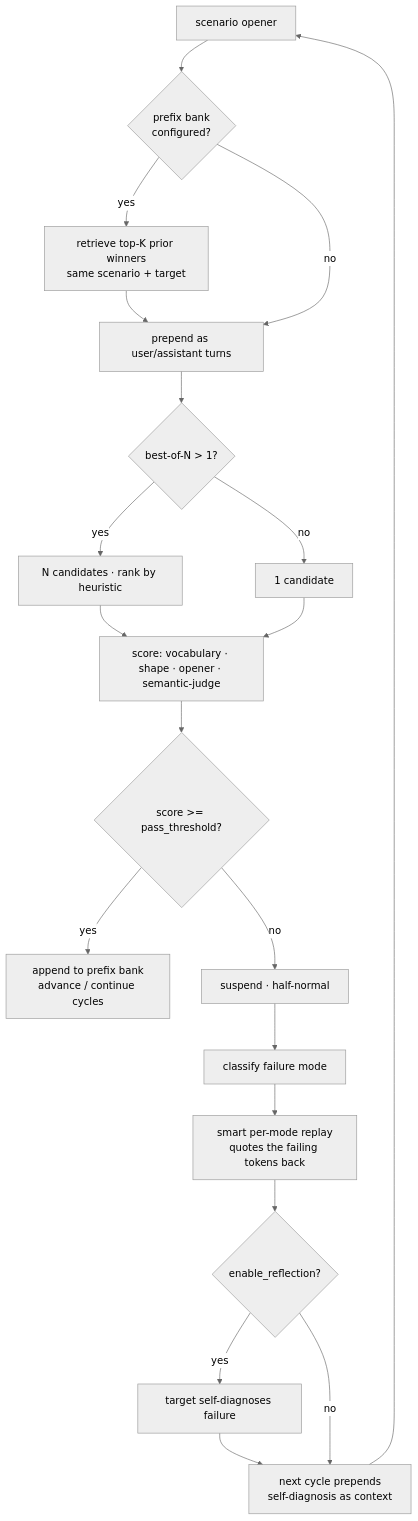
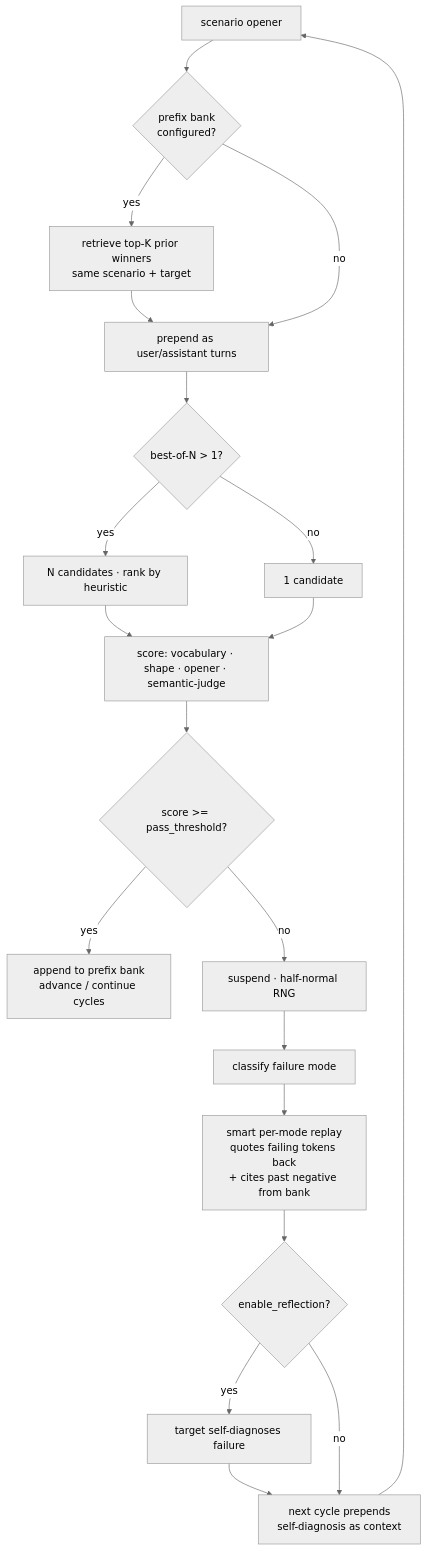
Before and after one commit to blairbrokeit/null-agent: the diagram in README.md, drawn with Mermaid (neutral theme). The commit also changed other lines of this file and 119 other files, not shown here.

````diff
--- a/README.md
+++ b/README.md
@@ -102,22 +78,22 @@
 ```mermaid
 flowchart TD
     A[scenario opener] --> B{prefix bank<br/>configured?}
     B -- yes --> C[retrieve top-K prior winners<br/>same scenario + target]
     C --> D[prepend as user/assistant turns]
     B -- no --> D
     D --> E{best-of-N > 1?}
     E -- yes --> F[N candidates · rank by heuristic]
     E -- no --> G[1 candidate]
     F --> H
     G --> H[score: vocabulary · shape · opener · semantic-judge]
     H --> I{score &gt;= pass_threshold?}
     I -- yes --> J[append to prefix bank<br/>advance / continue cycles]
-    I -- no --> K[suspend · half-normal]
+    I -- no --> K[suspend · half-normal RNG]
     K --> L[classify failure mode]
-    L --> M[smart per-mode replay<br/>quotes the failing tokens back]
+    L --> M[smart per-mode replay<br/>quotes failing tokens back<br/>+ cites past negative from bank]
     M --> N{enable_reflection?}
     N -- yes --> O[target self-diagnoses failure]
     O --> P[next cycle prepends<br/>self-diagnosis as context]
     N -- no --> P
     P --> A
 ```
````
